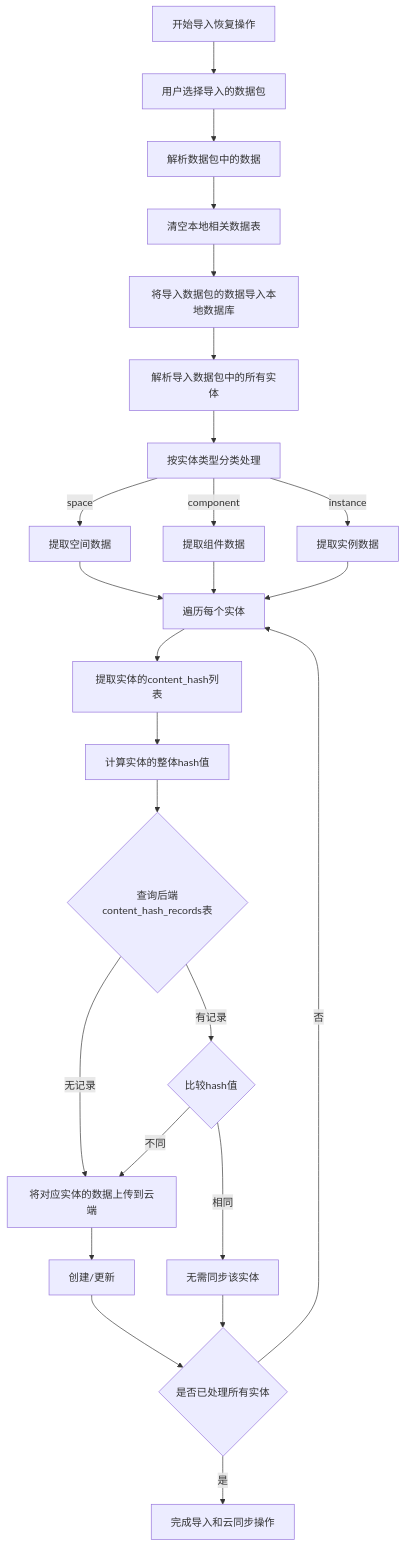
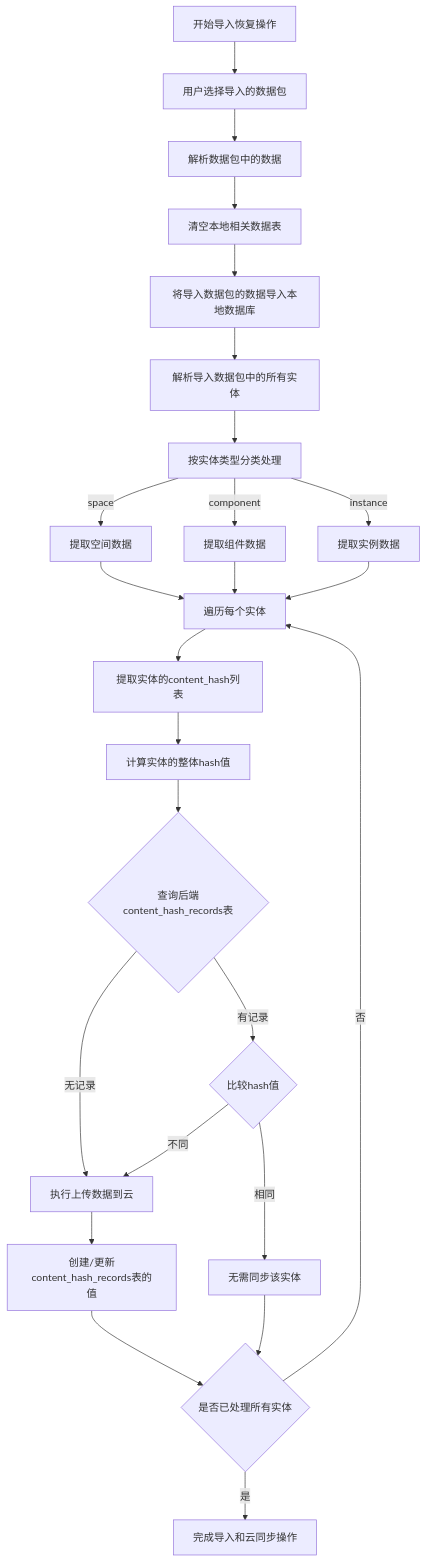
The diagram in all/未命名-44.md (yingjianzh/iodraw-files), drawn with Mermaid before and after one commit.

Commit message:
2025-04-27 11:56:19 update

````diff
--- a/all/未命名-44.md
+++ b/all/未命名-44.md
@@ -1,37 +1,37 @@
 ```mermaid
 flowchart TD
     A[开始导入恢复操作] --> B[用户选择导入的数据包]
     B --> C[解析数据包中的数据]
     
     C --> D[清空本地相关数据表]
     D --> E[将导入数据包的数据导入本地数据库]
     
     E --> F[解析导入数据包中的所有实体]
     F --> G[按实体类型分类处理]
     
     G -->|space| H1[提取空间数据]
     G -->|component| H2[提取组件数据]
     G -->|instance| H3[提取实例数据]
     
     H1 --> I[遍历每个实体]
     H2 --> I
     H3 --> I
     
     I --> J[提取实体的content_hash列表]
     J --> K[计算实体的整体hash值]
     
     K --> L{查询后端content_hash_records表}
-    L -->|无记录| M1[将对应实体的数据上传到云端]
+    L -->|无记录| M1[执行上传数据到云]
     L -->|有记录| M2{比较hash值}
     M2 -->|不同| M1
 
     M2 -->|相同| M3[无需同步该实体]
     
-    M1 --> M4[创建/更新]
+    M1 --> M4[创建/更新content_hash_records表的值]
     
     M3 --> S{是否已处理所有实体}
     M4 --> S{是否已处理所有实体}
     
     S -->|否| I
     S -->|是| T[完成导入和云同步操作]
 ```
````
